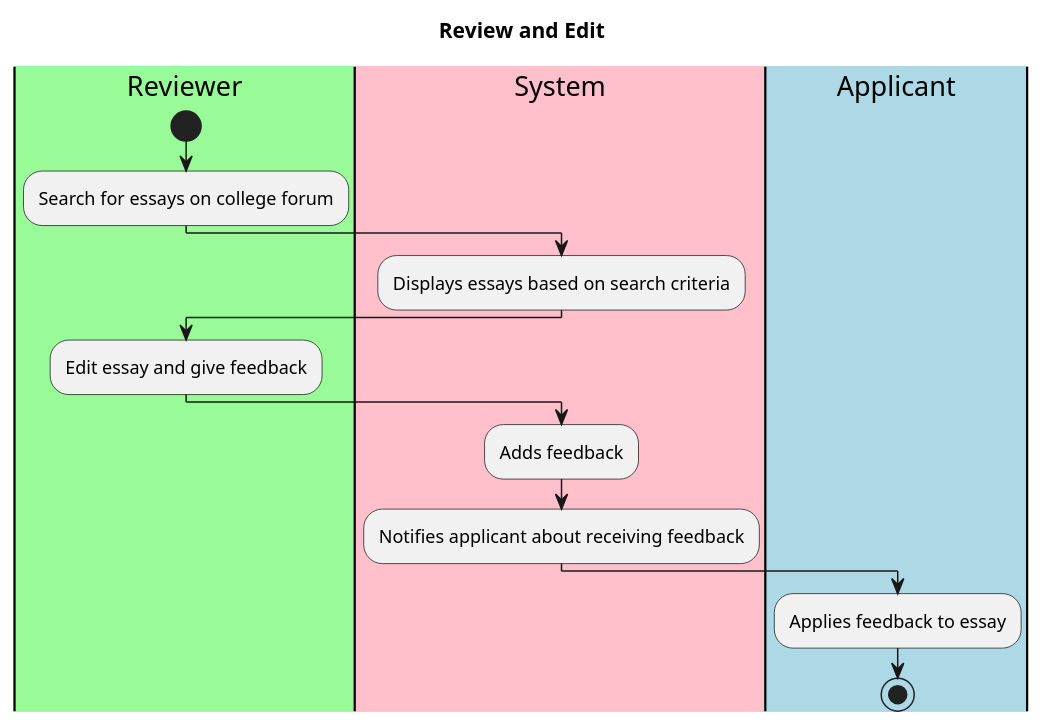
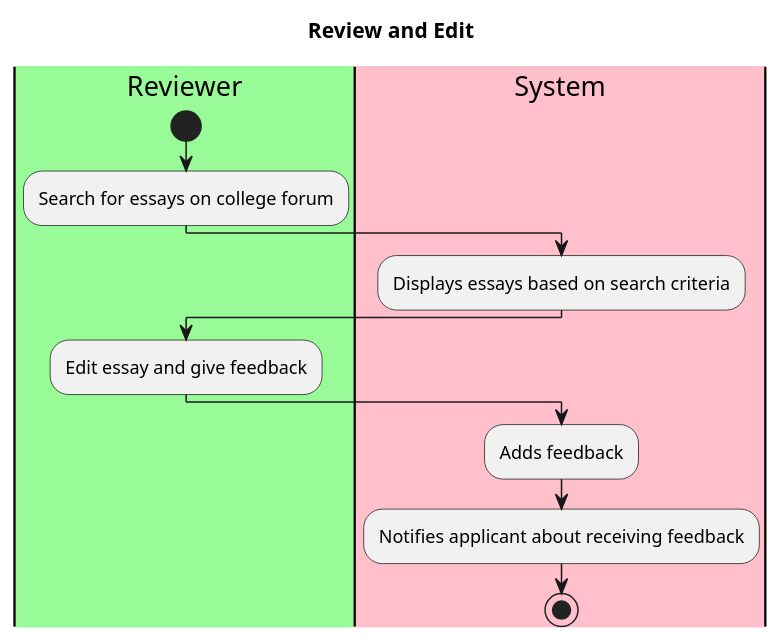
The diagram in intellij/use-cases/reviewessays.md (jlederer33/Essay-Review-App), drawn with PlantUML before and after one commit.

Commit message:
took applicant out of review essays

````diff
--- a/intellij/use-cases/reviewessays.md
+++ b/intellij/use-cases/reviewessays.md
@@ -1,21 +1,18 @@
 ```plantuml
 title Review and Edit
 
 |#palegreen|Reviewer|
 |#pink|System|
-|#lightblue|Applicant|
 
 |Reviewer|
 start
 :Search for essays on college forum;
 |System|
 :Displays essays based on search criteria;
 |Reviewer|
 :Edit essay and give feedback;
 |System|
 :Adds feedback;
 :Notifies applicant about receiving feedback;
-|Applicant|
-:Applies feedback to essay;
 stop
 ```
````
